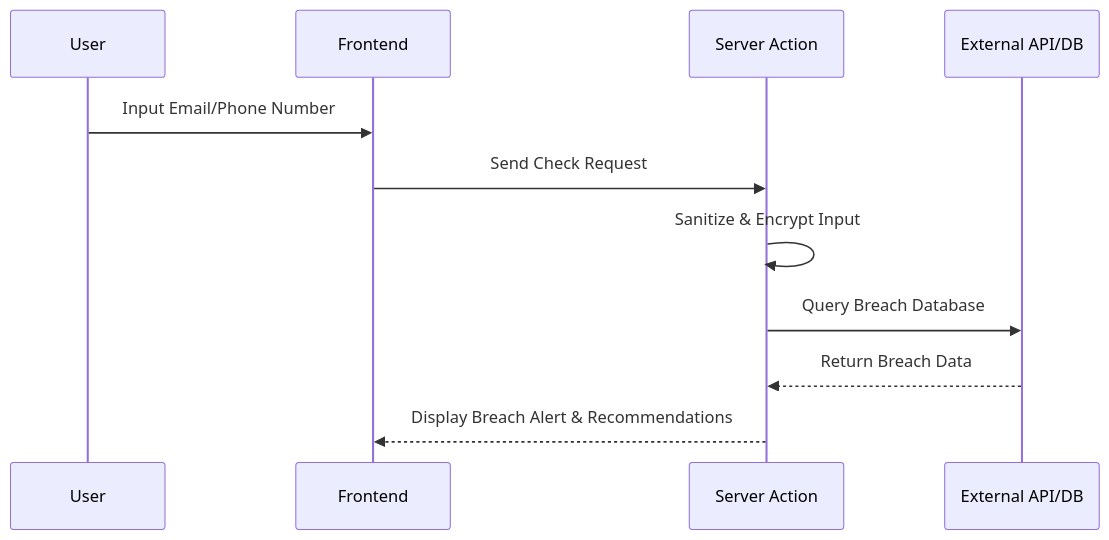
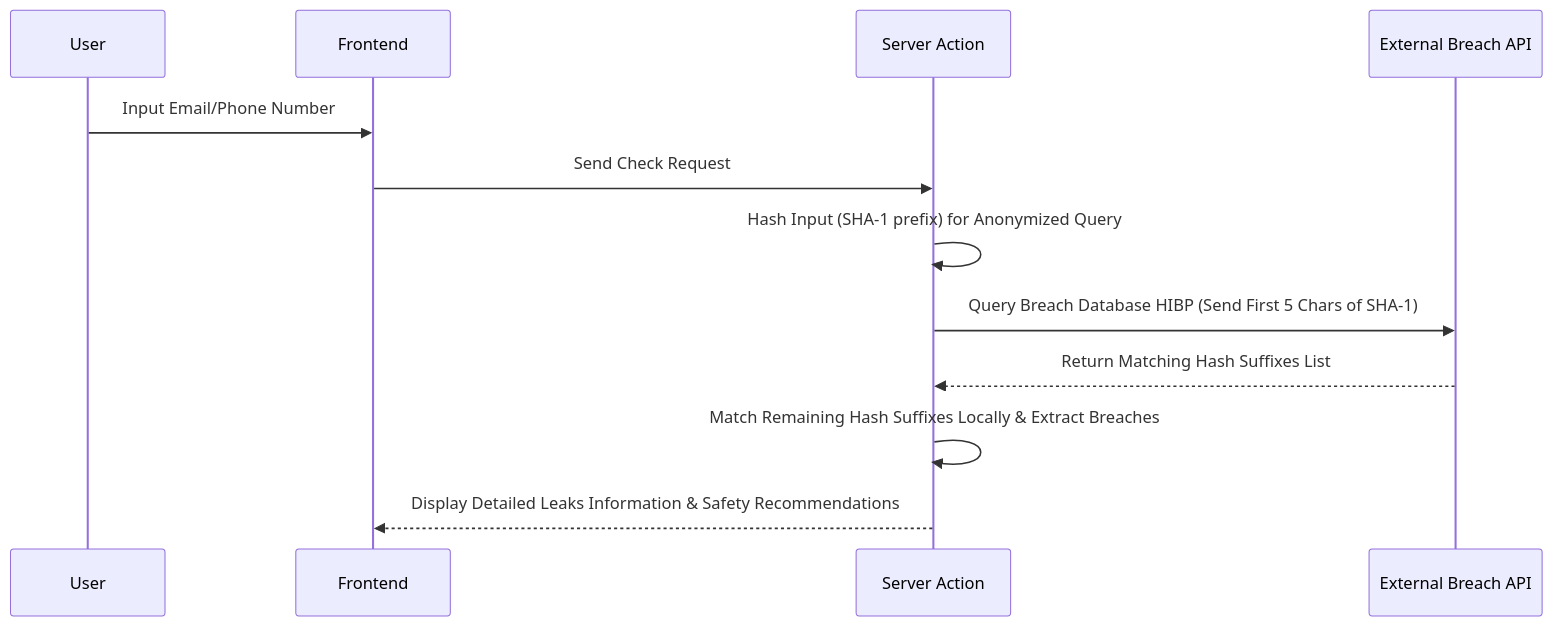
Before and after one commit to kazanaruishere-max/SafeWallet: diagram 14 of 16 in README.md, drawn with Mermaid. The commit also changed other lines of this file, not shown here.

Commit message:
docs: expand README.md with detailed high-level architecture and comprehensive Mermaid workflows for all 6 features

````diff
--- a/README.md
+++ b/README.md
@@ -329,14 +438,15 @@
 ```mermaid
 sequenceDiagram
     participant U as User
     participant F as Frontend
     participant S as Server Action
-    participant HIBP as External API/DB
+    participant HIBP as External Breach API
     
     U->>F: Input Email/Phone Number
     F->>S: Send Check Request
-    S->>S: Sanitize & Encrypt Input
-    S->>HIBP: Query Breach Database
-    HIBP-->>S: Return Breach Data
-    S-->>F: Display Breach Alert & Recommendations
+    S->>S: Hash Input (SHA-1 prefix) for Anonymized Query
+    S->>HIBP: Query Breach Database HIBP (Send First 5 Chars of SHA-1)
+    HIBP-->>S: Return Matching Hash Suffixes List
+    S->>S: Match Remaining Hash Suffixes Locally & Extract Breaches
+    S-->>F: Display Detailed Leaks Information & Safety Recommendations
 ```
````
